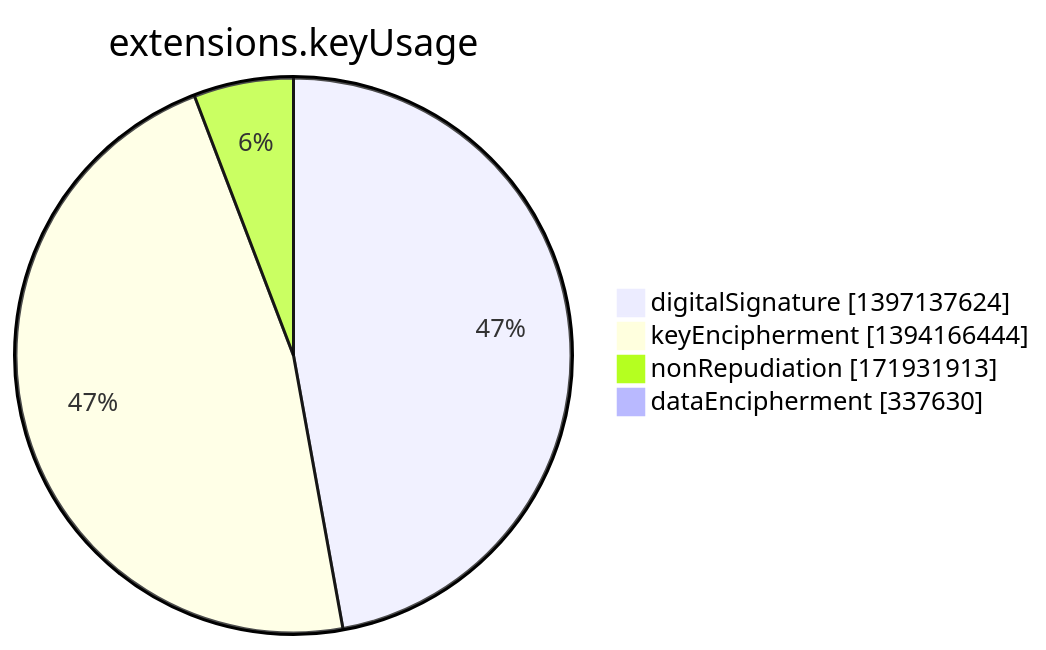
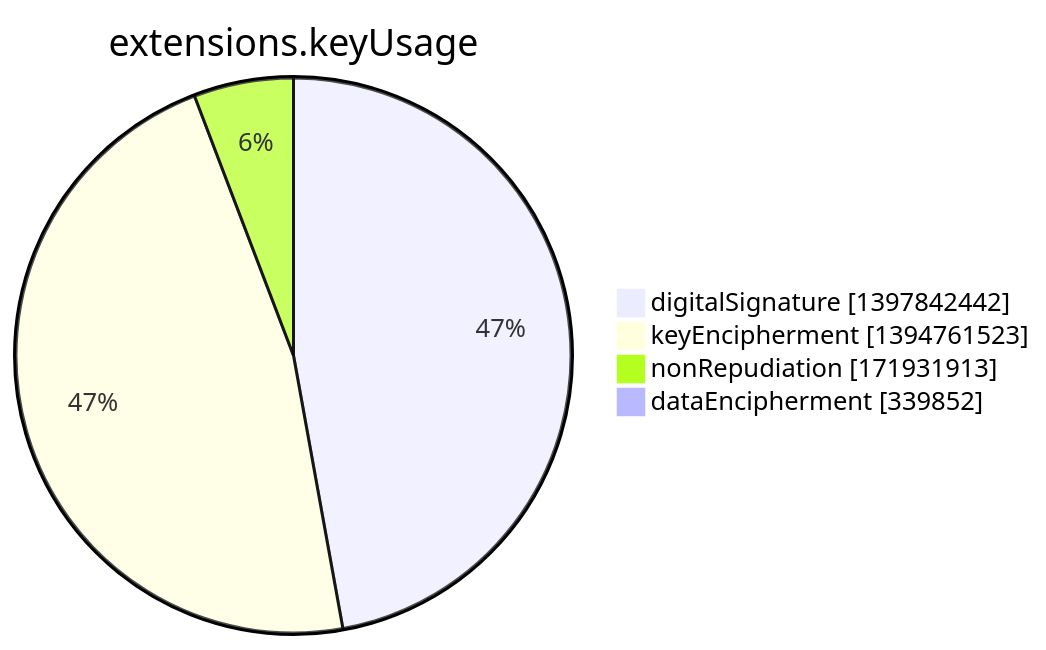
One commit to christiankrug/ctmonitor_visualization changed the seventh of 15 diagrams in argon2022/README.md. Above: the diagram before and after it, drawn with Mermaid. The commit also changed other lines of this file, not shown here.

````diff
--- a/argon2022/README.md
+++ b/argon2022/README.md
@@ -2751,8 +2751,8 @@
 ```mermaid
 pie showData
 title extensions.keyUsage
-"digitalSignature" :1397137624
-"keyEncipherment" :1394166444
+"digitalSignature" :1397842442
+"keyEncipherment" :1394761523
 "nonRepudiation" :171931913
-"dataEncipherment" :337630
+"dataEncipherment" :339852
 ```
````
